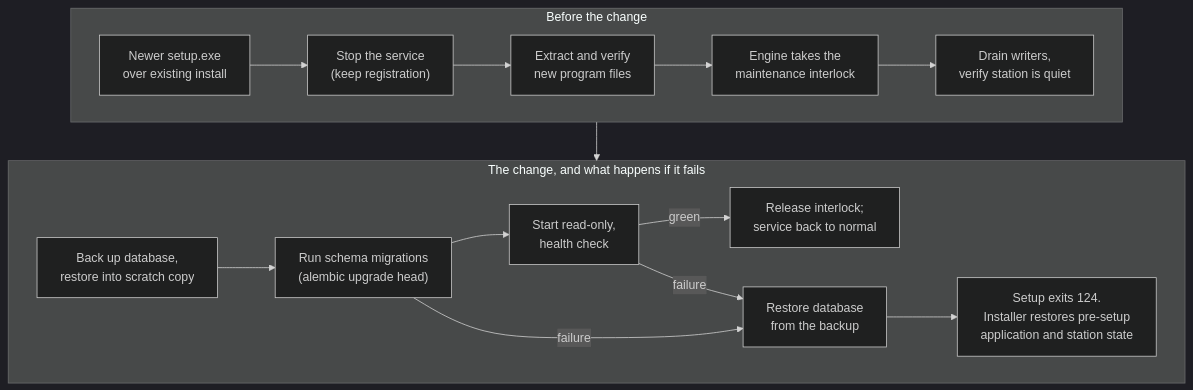
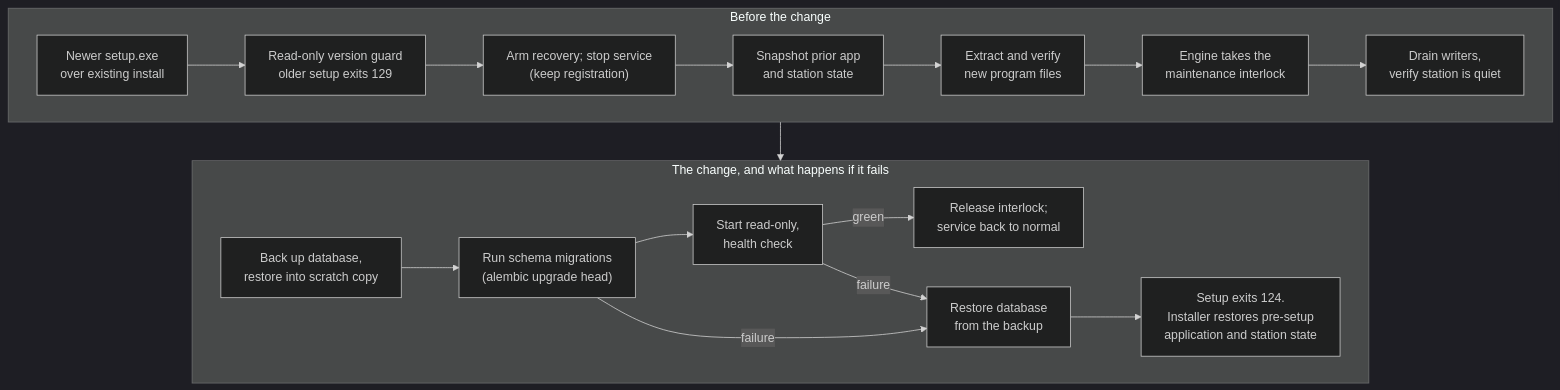
One commit to scottconverse/civiccast-native changed diagram 14 of 16 in docs/manual/src/30-architecture.md. Above: the diagram before and after it, drawn with Mermaid (dark theme). The commit also changed other lines of this file and 27 other files, not shown here.

````diff
--- a/docs/manual/src/30-architecture.md
+++ b/docs/manual/src/30-architecture.md
@@ -719,20 +720,22 @@
 ```mermaid
 flowchart TB
     subgraph R1["Before the change"]
         direction LR
-        S["Newer setup.exe<br/>over existing install"] --> P["Stop the service<br/>(keep registration)"]
-        P --> X["Extract and verify<br/>new program files"]
+        S["Newer setup.exe<br/>over existing install"] --> V["Read-only version guard<br/>older setup exits 129"]
+        V --> P["Arm recovery; stop service<br/>(keep registration)"]
+        P --> B["Snapshot prior app<br/>and station state"]
+        B --> X["Extract and verify<br/>new program files"]
         X --> L["Engine takes the<br/>maintenance interlock"]
         L --> Q["Drain writers,<br/>verify station is quiet"]
     end
     subgraph R2["The change, and what happens if it fails"]
         direction LR
         K["Back up database,<br/>restore into scratch copy"] --> M["Run schema migrations<br/>(alembic upgrade head)"]
         M --> H["Start read-only,<br/>health check"]
         H -->|green| OK["Release interlock;<br/>service back to normal"]
         M -->|failure| RB["Restore database<br/>from the backup"]
         H -->|failure| RB
         RB --> ST["Setup exits 124.<br/>Installer restores pre-setup<br/>application and station state"]
     end
     R1 --> R2
 ```
````
